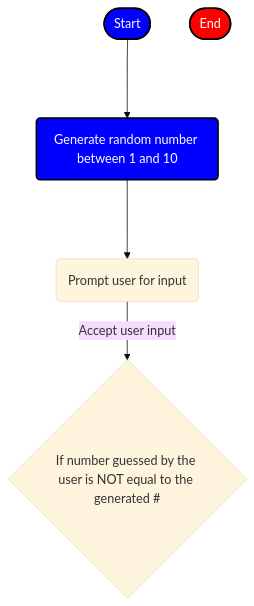
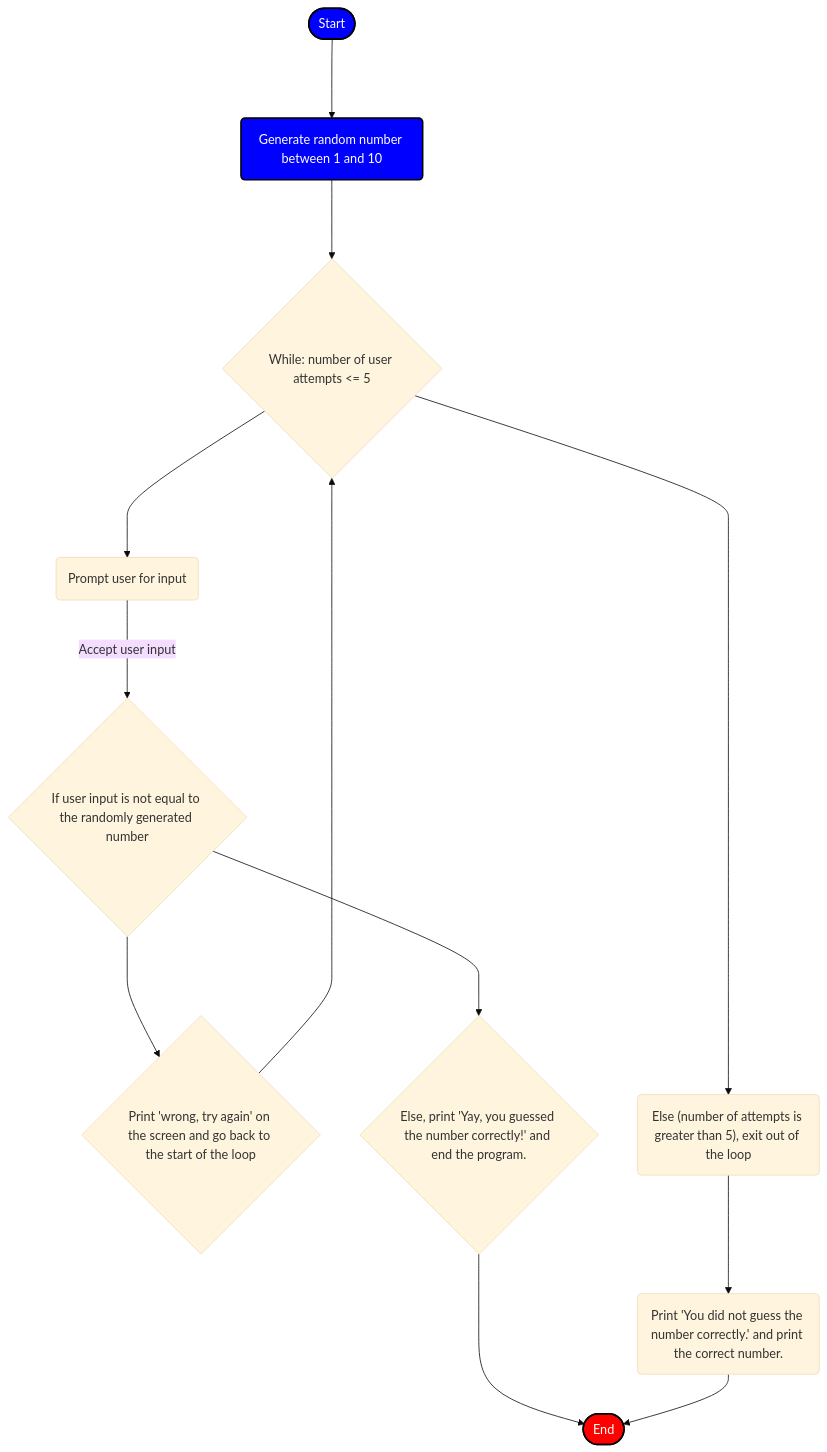
Before and after one commit to rpshende/rpshende.github.io: the diagram in Guessing.md, drawn with Mermaid (base theme).

Commit message:
Finish flowchart

````diff
--- a/Guessing.md
+++ b/Guessing.md
@@ -1,13 +1,26 @@
 ```mermaid
 flowchart TD
 Start([Start]):::blue
 End([End]):::red
 classDef blue fill:#0000FF, stroke: #000000, stroke-width: 2px, color: #FFF
 classDef red fill:#FF0000, stroke: #000000, stroke-width: 2px, color: #FFF
     C("Generate random number between 1 and 10"):::blue
     Start ---> C
-    D("Prompt user for input"):::black
+    D{"While: number of user attempts <= 5"}
+    E("Prompt user for input"):::black
     C ---> D
-    E{"If number guessed by the user is NOT equal to the generated #"}
-    D --Accept user input--> E
+    D ---> E
+    F{"If user input is not equal to the randomly generated number"}
+    G{"Print 'wrong, try again' on the screen and go back to the start of the loop"}
+    E --Accept user input---> F
+    F ---> G
+    G ---> D
+    X{"Else, print 'Yay, you guessed the number correctly!' and end the program."}
+    F ---> X
+    X ---> End
+    Y("Else (number of attempts is greater than 5), exit out of the loop")
+    D --> Y
+    Z("Print 'You did not guess the number correctly.' and print the correct number.")
+    Y --> Z
+    Z --> End
 ```
````
